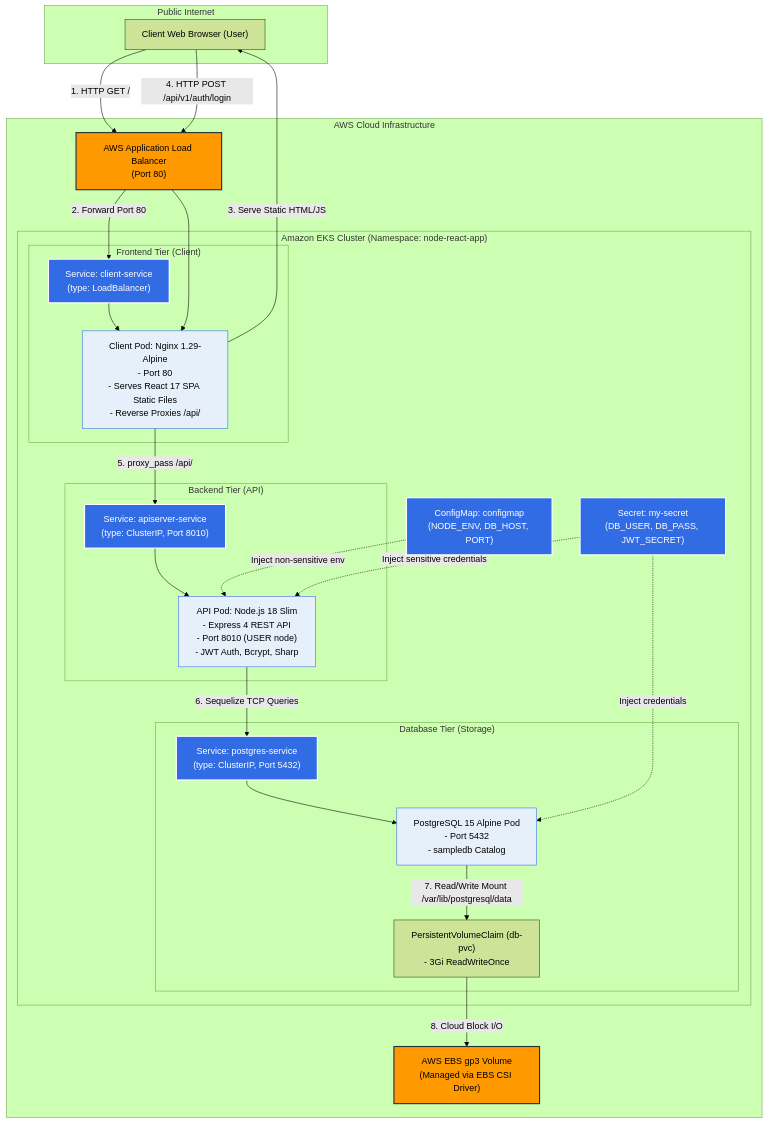
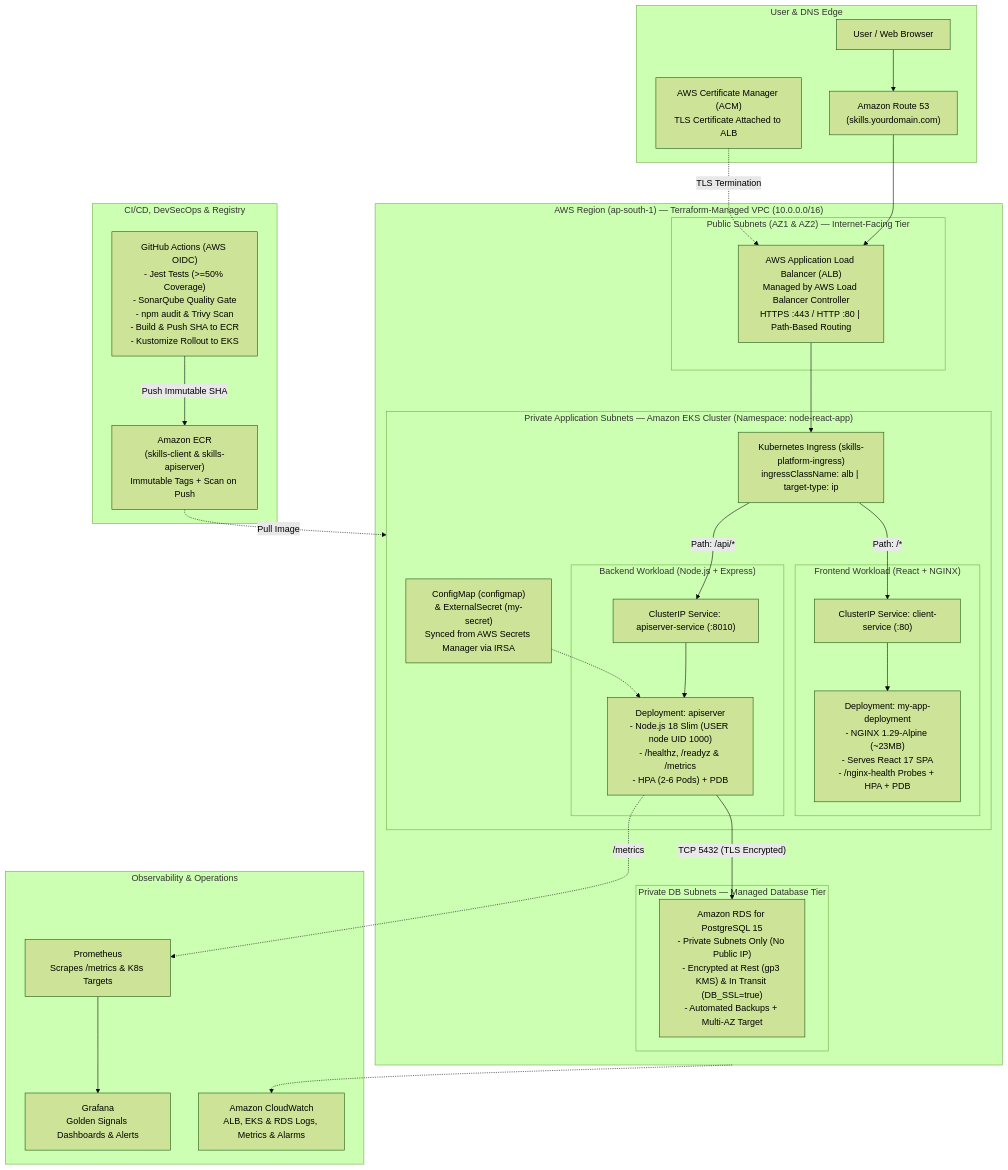
The first of 2 diagrams in ARCHITECTURE.md (sahil9079/node-react-postgres), drawn with Mermaid (forest theme) before and after one commit. The commit also changed other lines of this file and 42 other files, not shown here.

````diff
--- a/ARCHITECTURE.md
+++ b/ARCHITECTURE.md
@@ -15,56 +15,57 @@
 ```mermaid
 flowchart TD
-    subgraph Internet["Public Internet"]
-        User["Client Web Browser (User)"]
+    subgraph User_Edge["User & DNS Edge"]
+        User["User / Web Browser"]
+        R53["Amazon Route 53\n(skills.yourdomain.com)"]
+        ACM["AWS Certificate Manager (ACM)\nTLS Certificate Attached to ALB"]
     end
 
-    subgraph AWS_Cloud["AWS Cloud Infrastructure"]
-        ALB["AWS Application Load Balancer\n(Port 80)"]
+    subgraph CICD_Registry["CI/CD, DevSecOps & Registry"]
+        GHA["GitHub Actions (AWS OIDC)\n- Jest Tests (>=50% Coverage)\n- SonarQube Quality Gate\n- npm audit & Trivy Scan\n- Build & Push SHA to ECR\n- Kustomize Rollout to EKS"]
+        ECR["Amazon ECR\n(skills-client & skills-apiserver)\nImmutable Tags + Scan on Push"]
+    end
 
-        subgraph EKS["Amazon EKS Cluster (Namespace: node-react-app)"]
-            subgraph Frontend_Tier["Frontend Tier (Client)"]
-                ClientSvc["Service: client-service\n(type: LoadBalancer)"]
-                ClientPod["Client Pod: Nginx 1.29-Alpine\n- Port 80\n- Serves React 17 SPA Static Files\n- Reverse Proxies /api/"]
+    subgraph AWS_VPC["AWS Region (ap-south-1) — Terraform-Managed VPC (10.0.0.0/16)"]
+        subgraph Public_Subnets["Public Subnets (AZ1 & AZ2) — Internet-Facing Tier"]
+            ALB["AWS Application Load Balancer (ALB)\nManaged by AWS Load Balancer Controller\nHTTPS :443 / HTTP :80 | Path-Based Routing"]
+        end
+
+        subgraph Private_App_Subnets["Private Application Subnets — Amazon EKS Cluster (Namespace: node-react-app)"]
+            Ingress["Kubernetes Ingress (skills-platform-ingress)\ningressClassName: alb | target-type: ip"]
+
+            subgraph Frontend_Tier["Frontend Workload (React + NGINX)"]
+                ClientSvc["ClusterIP Service: client-service (:80)"]
+                ClientPod["Deployment: my-app-deployment\n- NGINX 1.29-Alpine (~23MB)\n- Serves React 17 SPA\n- /nginx-health Probes + HPA + PDB"]
             end
 
-            subgraph Backend_Tier["Backend Tier (API)"]
-                APISvc["Service: apiserver-service\n(type: ClusterIP, Port 8010)"]
-                APIPod["API Pod: Node.js 18 Slim\n- Express 4 REST API\n- Port 8010 (USER node)\n- JWT Auth, Bcrypt, Sharp"]
+            subgraph Backend_Tier["Backend Workload (Node.js + Express)"]
+                APISvc["ClusterIP Service: apiserver-service (:8010)"]
+                APIPod["Deployment: apiserver\n- Node.js 18 Slim (USER node UID 1000)\n- /healthz, /readyz & /metrics\n- HPA (2-6 Pods) + PDB"]
             end
 
-            subgraph Database_Tier["Database Tier (Storage)"]
-                DBSvc["Service: postgres-service\n(type: ClusterIP, Port 5432)"]
-                DBPod["PostgreSQL 15 Alpine Pod\n- Port 5432\n- sampledb Catalog"]
-                PVC["PersistentVolumeClaim (db-pvc)\n- 3Gi ReadWriteOnce"]
-            end
-
-            ConfigMap["ConfigMap: configmap\n(NODE_ENV, DB_HOST, PORT)"]
-            Secret["Secret: my-secret\n(DB_USER, DB_PASS, JWT_SECRET)"]
+            Config["ConfigMap (configmap)\n& ExternalSecret (my-secret)\nSynced from AWS Secrets Manager via IRSA"]
         end
 
-        EBS["AWS EBS gp3 Volume\n(Managed via EBS CSI Driver)"]
+        subgraph Private_DB_Subnets["Private DB Subnets — Managed Database Tier"]
+            RDS["Amazon RDS for PostgreSQL 15\n- Private Subnets Only (No Public IP)\n- Encrypted at Rest (gp3 KMS) & In Transit (DB_SSL=true)\n- Automated Backups + Multi-AZ Target"]
+        end
     end
 
-    User -->|1. HTTP GET / | ALB
-    ALB -->|2. Forward Port 80| ClientSvc
-    ClientSvc --> ClientPod
-    ClientPod -->|3. Serve Static HTML/JS| User
-    User -->|4. HTTP POST /api/v1/auth/login| ALB
-    ALB --> ClientPod
-    ClientPod -->|5. proxy_pass /api/ | APISvc
-    APISvc --> APIPod
-    ConfigMap -.->|Inject non-sensitive env| APIPod
-    Secret -.->|Inject sensitive credentials| APIPod
-    Secret -.->|Inject credentials| DBPod
-    APIPod -->|6. Sequelize TCP Queries| DBSvc
-    DBSvc --> DBPod
-    DBPod -->|7. Read/Write Mount /var/lib/postgresql/data| PVC
-    PVC -->|8. Cloud Block I/O| EBS
+    subgraph Observability["Observability & Operations"]
+        Prom["Prometheus\nScrapes /metrics & K8s Targets"]
+        Graf["Grafana\nGolden Signals Dashboards & Alerts"]
+        CW["Amazon CloudWatch\nALB, EKS & RDS Logs, Metrics & Alarms"]
+    end
 
-    classDef aws fill:#FF9900,stroke:#232F3E,stroke-width:2px,color:black;
-    classDef k8s fill:#326CE5,stroke:#fff,stroke-width:2px,color:white;
-    classDef pod fill:#E6F0FA,stroke:#326CE5,stroke-width:1px,color:black;
-    class ALB,EBS aws;
-    class ClientSvc,APISvc,DBSvc,ConfigMap,Secret k8s;
-    class ClientPod,APIPod,DBPod pod;
+    User --> R53 --> ALB
+    ACM -.->|TLS Termination| ALB
+    ALB --> Ingress
+    Ingress -->|"Path: /*"| ClientSvc --> ClientPod
+    Ingress -->|"Path: /api/*"| APISvc --> APIPod
+    Config -.-> APIPod
+    APIPod -->|"TCP 5432 (TLS Encrypted)"| RDS
+    GHA -->|"Push Immutable SHA"| ECR
+    ECR -.->|"Pull Image"| Private_App_Subnets
+    APIPod -.->|"/metrics"| Prom --> Graf
+    AWS_VPC -.-> CW
 ```
````
